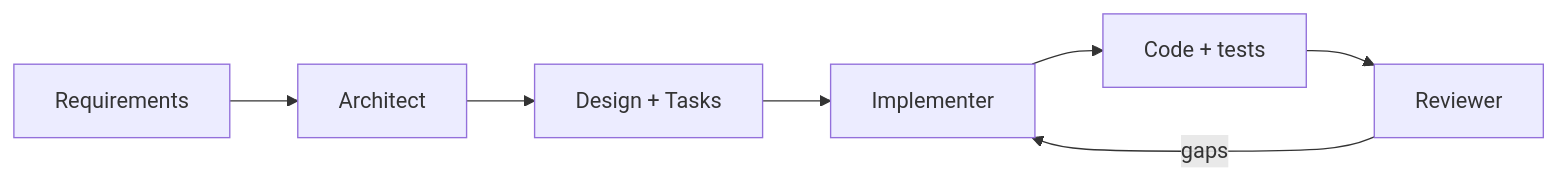
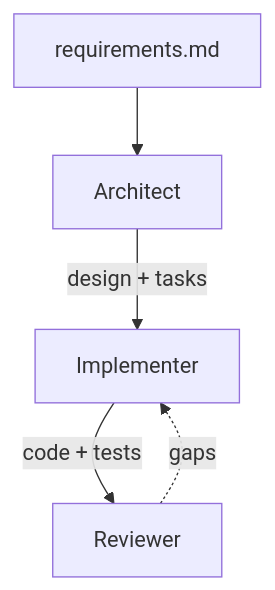
Diagram 13 of 15 in BOOK.en.md (felipefontoura/spec-driven-development-book), drawn with Mermaid before and after one commit. The commit also changed other lines of this file and 1 other file, not shown here.

````diff
--- a/BOOK.en.md
+++ b/BOOK.en.md
@@ -3114,12 +3039,10 @@
 ```mermaid
-flowchart LR
-    REQ[Requirements] --> ARC[Architect]
-    ARC --> DES[Design + Tasks]
-    DES --> IMP[Implementer]
-    IMP --> COD[Code + tests]
-    COD --> REV[Reviewer]
-    REV -->|gaps| IMP
+flowchart TB
+    REQ[requirements.md] --> ARC[Architect]
+    ARC -->|design + tasks| IMP[Implementer]
+    IMP -->|code + tests| REV[Reviewer]
+    REV -.->|gaps| IMP
 
     class ARC,IMP,REV accent;
-    class REQ,DES,COD neutral;
+    class REQ neutral;
 ```
````
